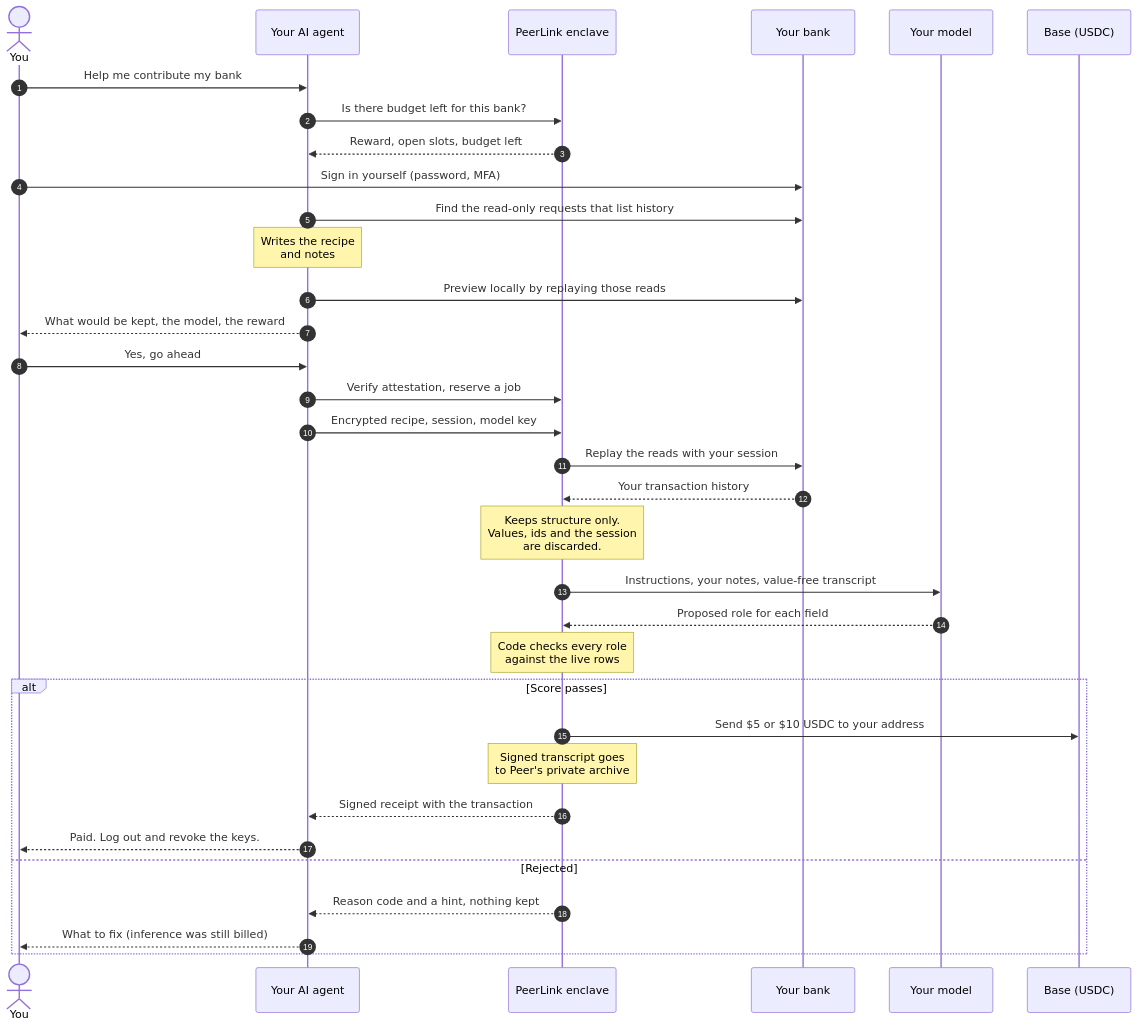
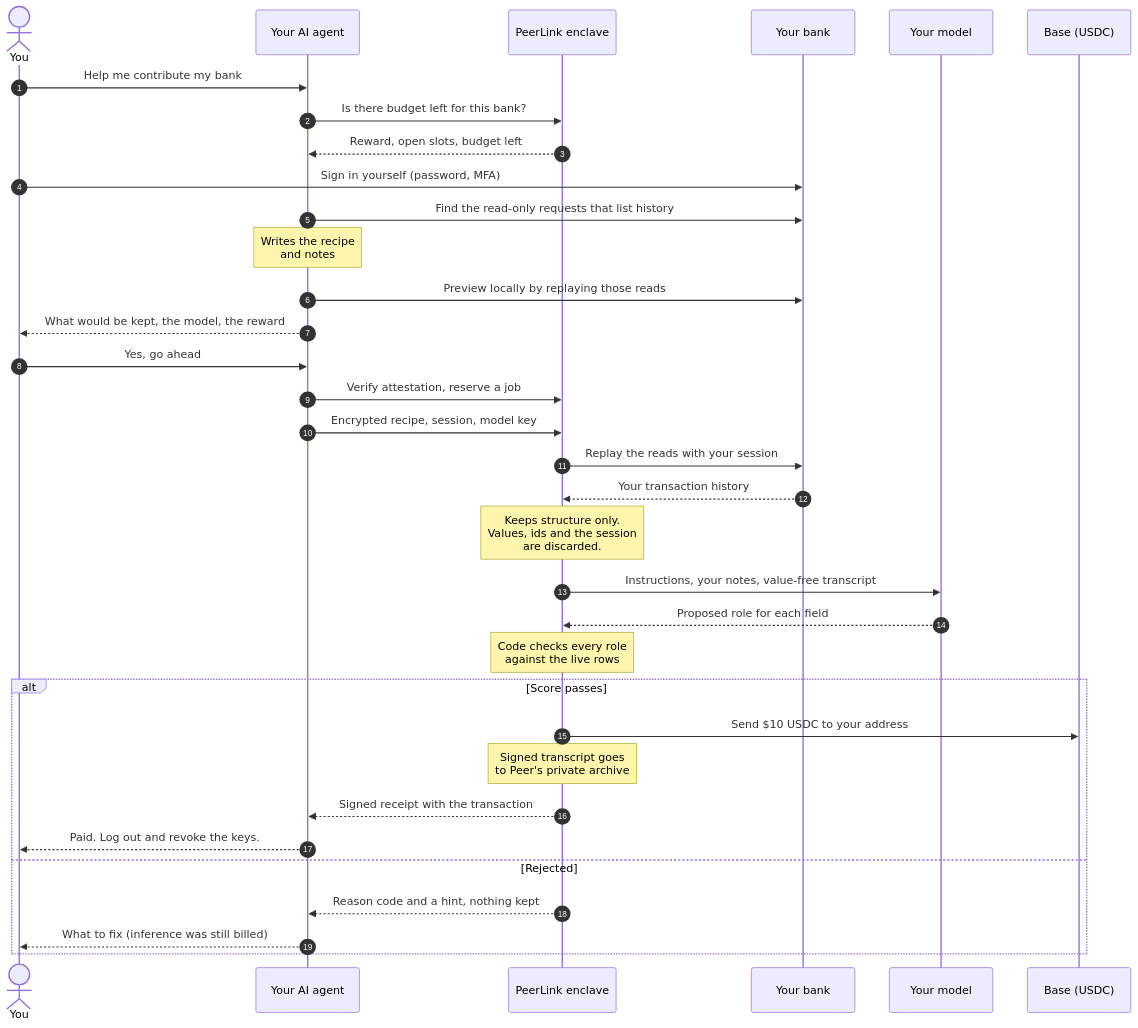
The second of 2 diagrams in README.md (zkp2p/peer-link), drawn with Mermaid before and after one commit. The commit also changed other lines of this file and 10 other files, not shown here.

````diff
--- a/README.md
+++ b/README.md
@@ -93,40 +104,40 @@
 ```mermaid
 sequenceDiagram
     autonumber
     actor You
     participant Agent as Your AI agent
     participant Enclave as PeerLink enclave
     participant Bank as Your bank
     participant Model as Your model
     participant Base as Base (USDC)
 
     You->>Agent: Help me contribute my bank
     Agent->>Enclave: Is there budget left for this bank?
     Enclave-->>Agent: Reward, open slots, budget left
 
     You->>Bank: Sign in yourself (password, MFA)
     Agent->>Bank: Find the read-only requests that list history
     Note over Agent: Writes the recipe<br/>and notes
     Agent->>Bank: Preview locally by replaying those reads
     Agent-->>You: What would be kept, the model, the reward
     You->>Agent: Yes, go ahead
 
     Agent->>Enclave: Verify attestation, reserve a job
     Agent->>Enclave: Encrypted recipe, session, model key
     Enclave->>Bank: Replay the reads with your session
     Bank-->>Enclave: Your transaction history
     Note over Enclave: Keeps structure only.<br/>Values, ids and the session<br/>are discarded.
     Enclave->>Model: Instructions, your notes, value-free transcript
     Model-->>Enclave: Proposed role for each field
     Note over Enclave: Code checks every role<br/>against the live rows
 
     alt Score passes
-        Enclave->>Base: Send $5 or $10 USDC to your address
+        Enclave->>Base: Send $10 USDC to your address
         Note over Enclave: Signed transcript goes<br/>to Peer's private archive
         Enclave-->>Agent: Signed receipt with the transaction
         Agent-->>You: Paid. Log out and revoke the keys.
     else Rejected
         Enclave-->>Agent: Reason code and a hint, nothing kept
         Agent-->>You: What to fix (inference was still billed)
     end
 ```
````
